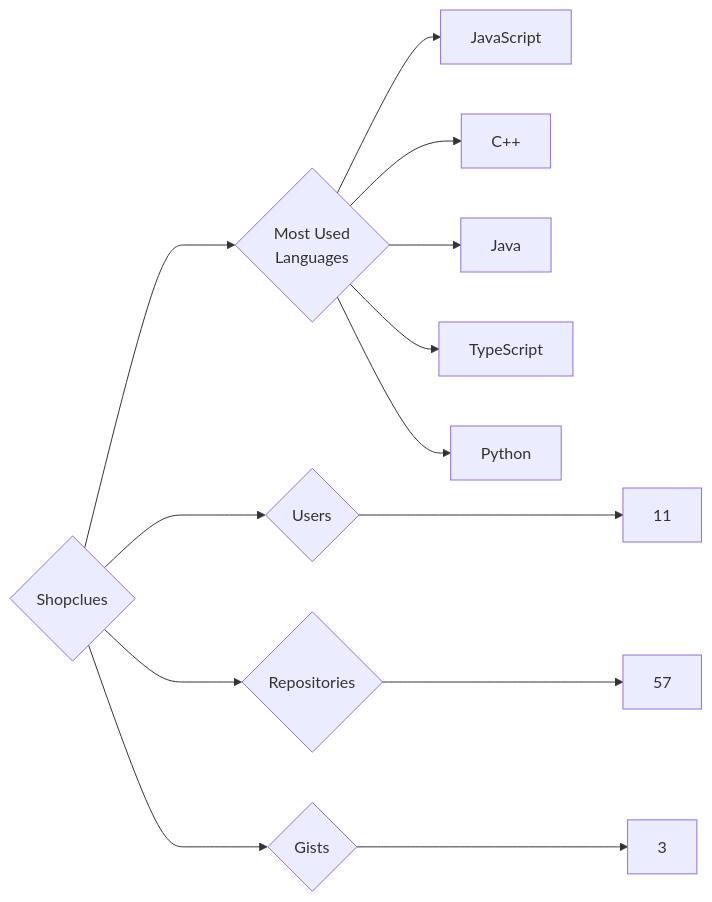
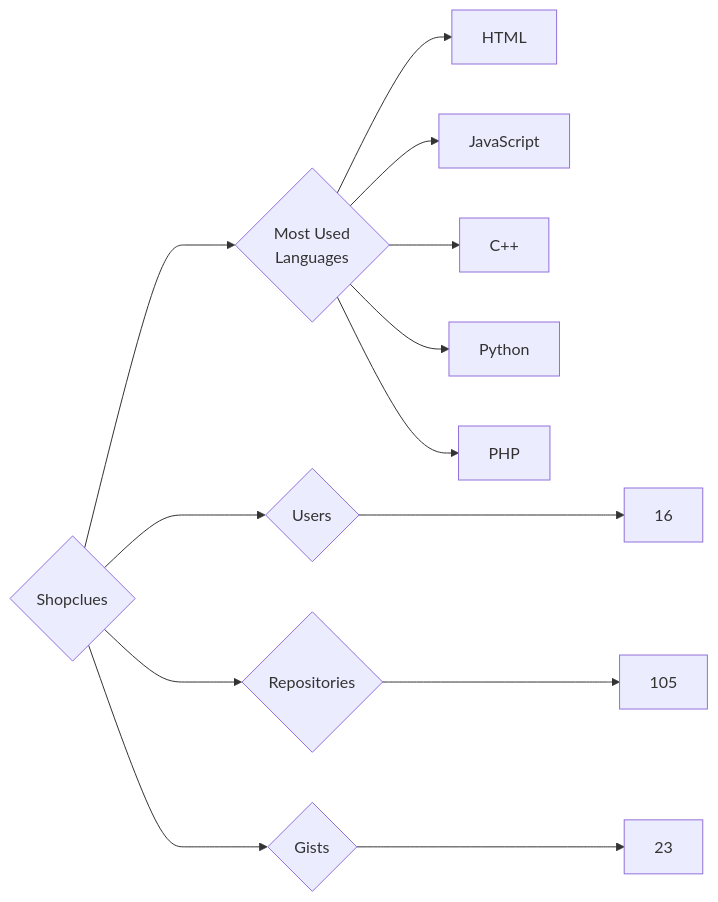
The diagram in targets/Shopclues/README.md (trickest/insiders), drawn with Mermaid before and after one commit. The commit also changed 597 other files, not shown here.

````diff
--- a/targets/Shopclues/README.md
+++ b/targets/Shopclues/README.md
@@ -3,13 +3,13 @@
 ```mermaid
 graph LR
 COMPANY_NAME{Shopclues}
-COMPANY_NAME ---> U{Users} ---> UN[11]
-COMPANY_NAME ---> R{Repositories} ---> RN[57]
-COMPANY_NAME ---> G{Gists} ---> GN[3]
+COMPANY_NAME ---> U{Users} ---> UN[16]
+COMPANY_NAME ---> R{Repositories} ---> RN[105]
+COMPANY_NAME ---> G{Gists} ---> GN[23]
 COMPANY_NAME ---> ML{Most Used<br>Languages}
+ML --> HTML[HTML]
 ML --> JavaScript[JavaScript]
 ML --> C++[C++]
-ML --> Java[Java]
-ML --> TypeScript[TypeScript]
 ML --> Python[Python]
+ML --> PHP[PHP]
 ```
````
